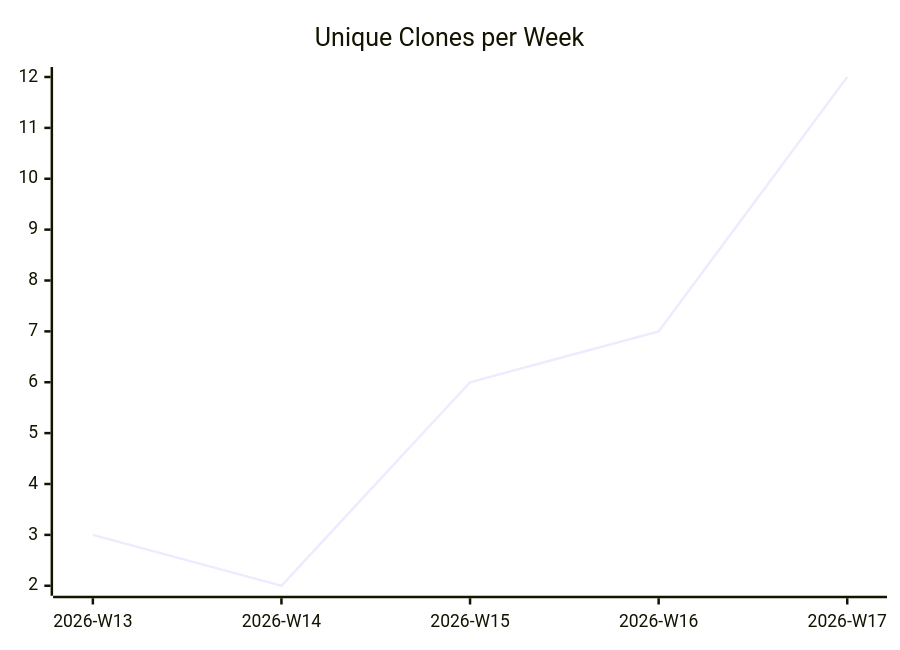
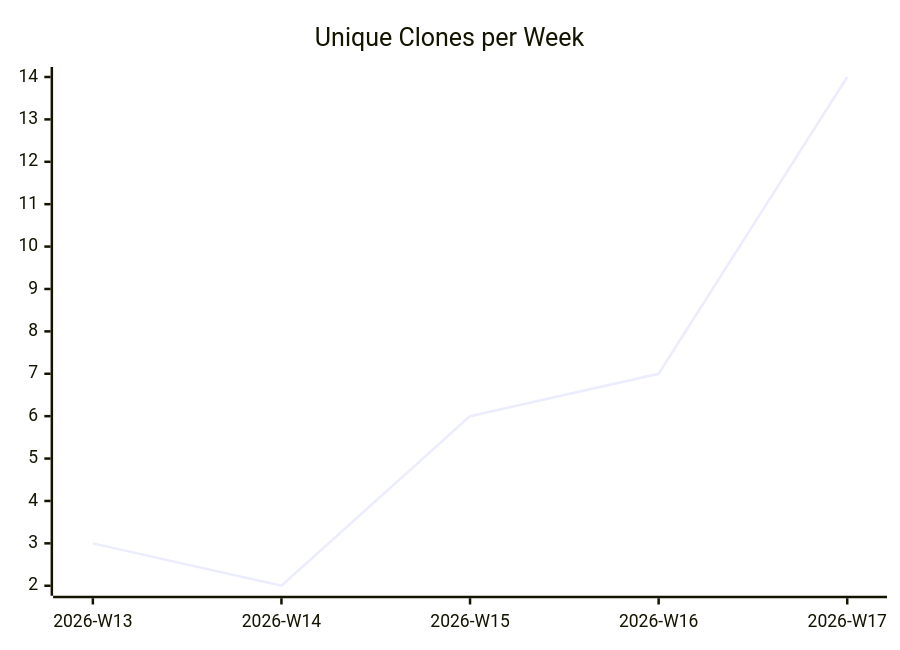
The third of 3 diagrams in karlmdavis/justdavis-ansible/README.md (justdavis-family/github-analytics-data), drawn with Mermaid before and after one commit. The commit also changed other lines of this file and 197 other files, not shown here.

````diff
--- a/karlmdavis/justdavis-ansible/README.md
+++ b/karlmdavis/justdavis-ansible/README.md
@@ -19,6 +19,6 @@
 ```mermaid
 xychart-beta
   title "Unique Clones per Week"
   x-axis ["2026-W13", "2026-W14", "2026-W15", "2026-W16", "2026-W17"]
-  line [3, 2, 6, 7, 12]
+  line [3, 2, 6, 7, 14]
 ```
````
